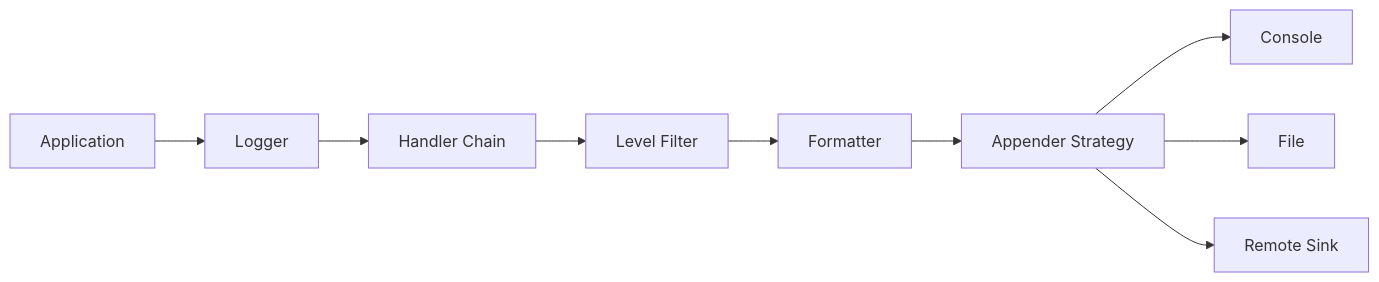
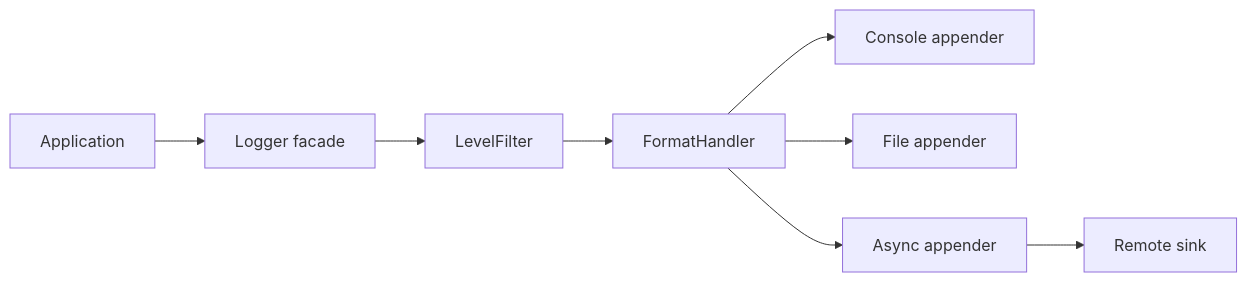
Before and after one commit to PriyanshuMidha/System_Design_notes: the second of 2 diagrams in LLD with Go/practice/Logging System LLD in Go.md, drawn with Mermaid. The commit also changed other lines of this file and 64 other files, not shown here.

````diff
--- a/LLD with Go/practice/Logging System LLD in Go.md
+++ b/LLD with Go/practice/Logging System LLD in Go.md
@@ -25,11 +143,10 @@
 ```mermaid
 flowchart LR
-  App[Application] --> Logger[Logger]
-  Logger --> Chain[Handler Chain]
-  Chain --> Level[Level Filter]
-  Level --> Format[Formatter]
-  Format --> Appender[Appender Strategy]
-  Appender --> Console[Console]
-  Appender --> File[File]
-  Appender --> Remote[Remote Sink]
+  App[Application] --> Logger[Logger facade]
+  Logger --> Level[LevelFilter]
+  Level --> Format[FormatHandler]
+  Format --> Console[Console appender]
+  Format --> File[File appender]
+  Format --> Async[Async appender]
+  Async --> Remote[Remote sink]
 ```
````
